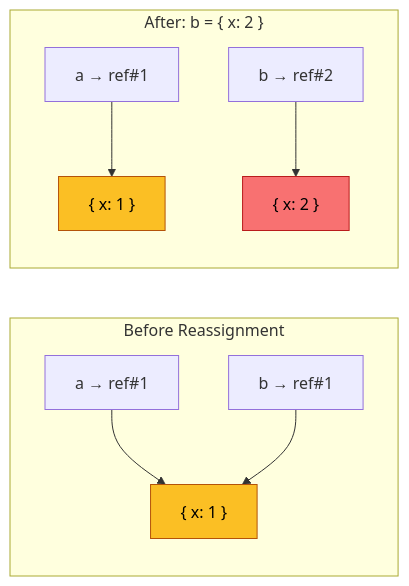
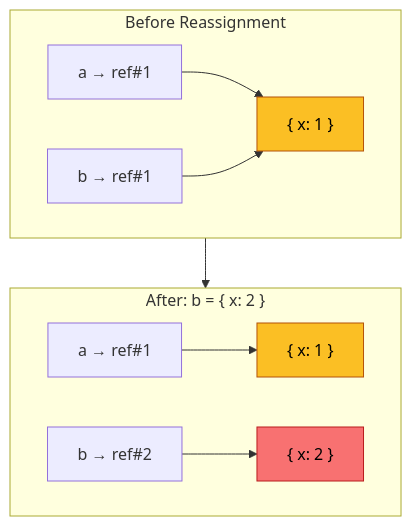
One commit to bkapilsharmadev/interview-prep changed the third of 8 diagrams in javascript/docs/group-0-language-fundamentals/blog/1.0-value-vs-reference.md. Above: the diagram before and after it, drawn with Mermaid. The commit also changed other lines of this file, not shown here.

Commit message:
Finalized value vs ref

````diff
--- a/javascript/docs/group-0-language-fundamentals/blog/1.0-value-vs-reference.md
+++ b/javascript/docs/group-0-language-fundamentals/blog/1.0-value-vs-reference.md
@@ -153,24 +155,20 @@
 ```mermaid
-flowchart LR
+flowchart TB
     subgraph Before["Before Reassignment"]
-        A1["a → ref#1"]
-        B1["b → ref#1"]
-        OBJ1["{ x: 1 }"]
+        direction LR
+        A1["a → ref#1"] --> OBJ1["{ x: 1 }"]
+        B1["b → ref#1"] --> OBJ1
     end
     
+    Before --> After
+    
     subgraph After["After: b = { x: 2 }"]
-        A2["a → ref#1"]
-        B2["b → ref#2"]
-        OBJ2["{ x: 1 }"]
-        OBJ3["{ x: 2 }"]
+        direction LR
+        A2["a → ref#1"] --> OBJ2["{ x: 1 }"]
+        B2["b → ref#2"] --> OBJ3["{ x: 2 }"]
     end
-    
-    A1 --> OBJ1
-    B1 --> OBJ1
-    A2 --> OBJ2
-    B2 --> OBJ3
     
     style OBJ1 fill:#fbbf24,stroke:#b45309,color:#000
     style OBJ2 fill:#fbbf24,stroke:#b45309,color:#000
     style OBJ3 fill:#f87171,stroke:#b91c1c,color:#000
 ```
````
